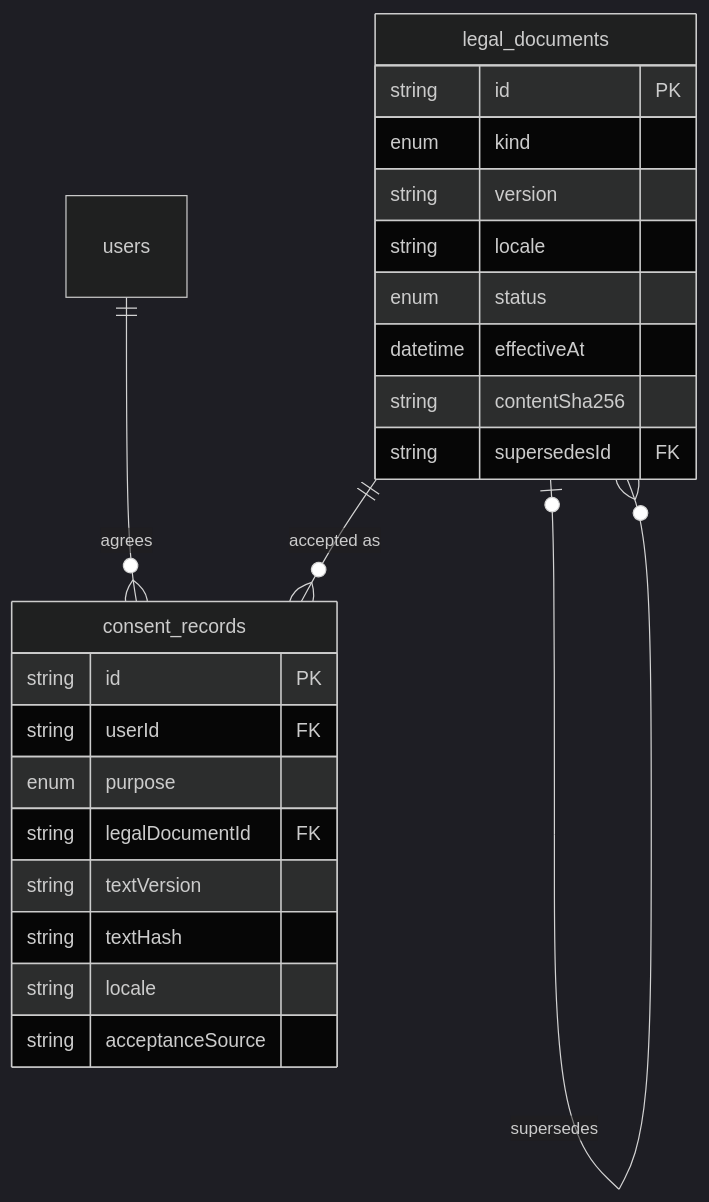
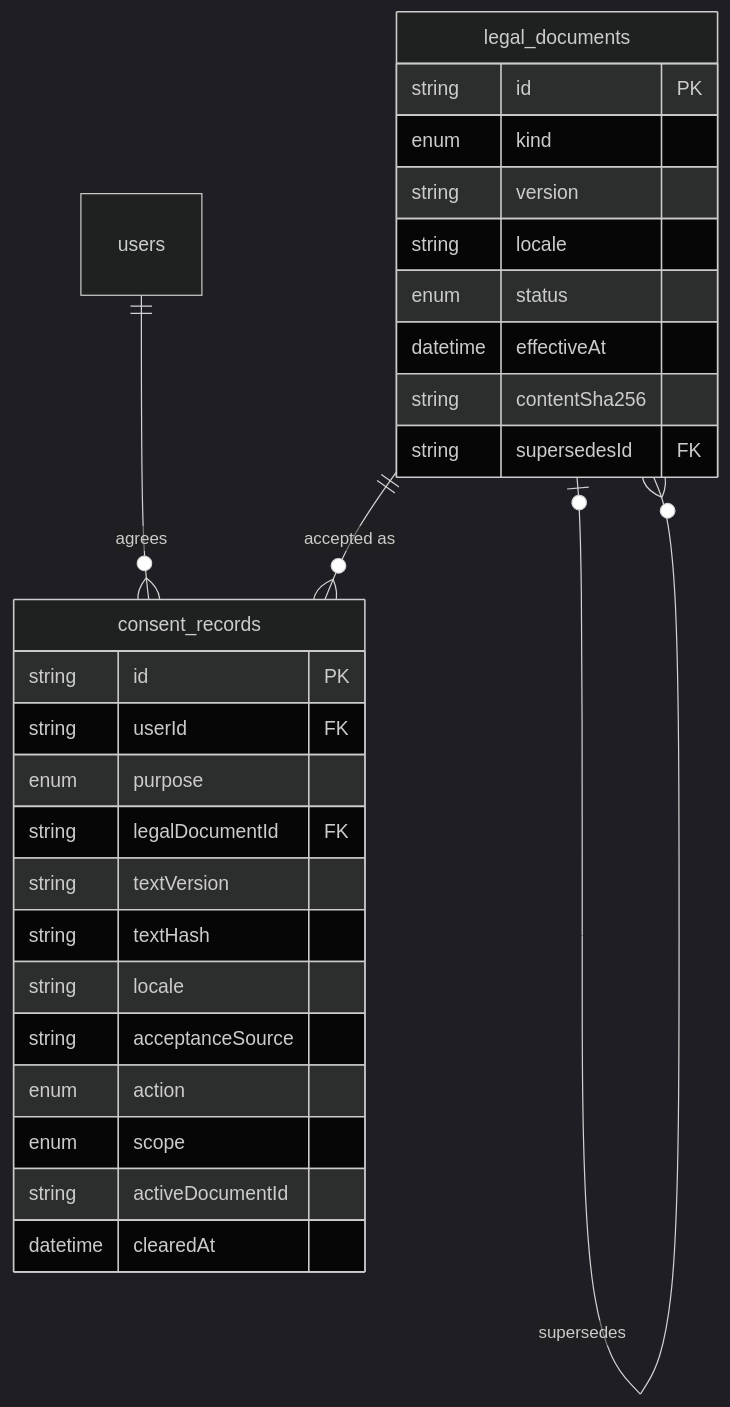
Diagram 41 of 44 in docs/DATABASE-DESIGN.md (UBoss-AI/UBoss-Sourcing), drawn with Mermaid (dark theme) before and after one commit. The commit also changed other lines of this file and 451 other files, not shown here.

````diff
--- a/docs/DATABASE-DESIGN.md
+++ b/docs/DATABASE-DESIGN.md
@@ -5324,26 +5395,30 @@
 ```mermaid
 erDiagram
     legal_documents ||--o{ consent_records : "accepted as"
     legal_documents |o--o{ legal_documents : "supersedes"
     users ||--o{ consent_records : "agrees"
     legal_documents {
         string id PK
         enum kind
         string version
         string locale
         enum status
         datetime effectiveAt
         string contentSha256
         string supersedesId FK
     }
     consent_records {
         string id PK
         string userId FK
         enum purpose
         string legalDocumentId FK
         string textVersion
         string textHash
         string locale
         string acceptanceSource
+        enum action
+        enum scope
+        string activeDocumentId
+        datetime clearedAt
     }
 ```
````
